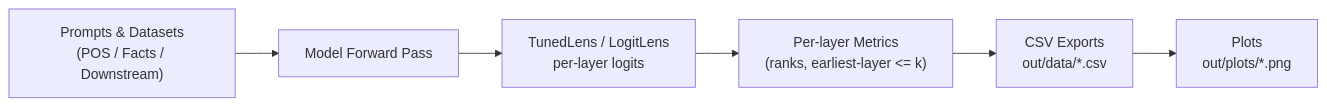
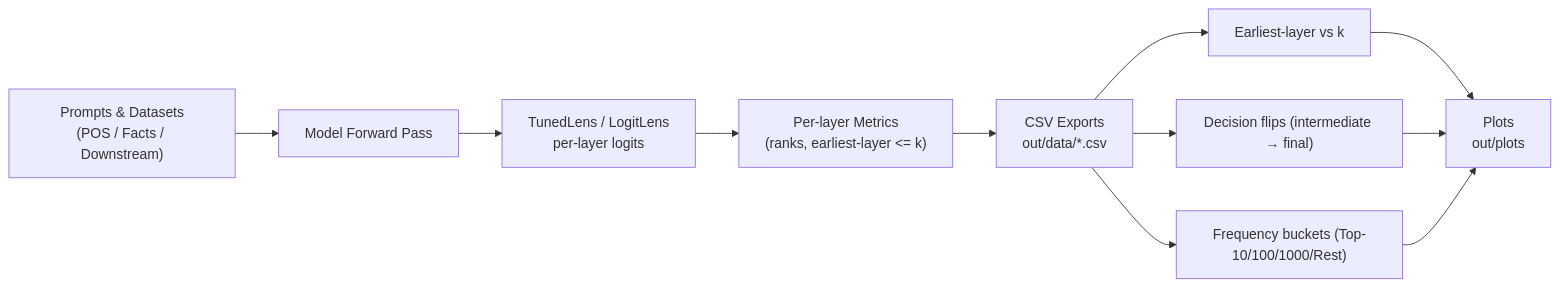
One commit to akshat57/how-do-llms-use-their-depth changed the diagram in README.md. Above: the diagram before and after it, drawn with Mermaid. The commit also changed other lines of this file, not shown here.

````diff
--- a/README.md
+++ b/README.md
@@ -7,8 +8,13 @@
-```mermaid
+~~~mermaid
 flowchart LR
   A["Prompts & Datasets<br/>(POS / Facts / Downstream)"] --> B["Model Forward Pass"]
   B --> C["TunedLens / LogitLens<br/>per-layer logits"]
   C --> D["Per-layer Metrics<br/>(ranks, earliest-layer <= k)"]
   D --> E["CSV Exports<br/>out/data/*.csv"]
-  E --> F["Plots<br/>out/plots/*.png"]
-```
+  E --> F1["Earliest-layer vs k"]
+  E --> F2["Decision flips (intermediate → final)"]
+  E --> F3["Frequency buckets (Top-10/100/1000/Rest)"]
+  F1 --> G["Plots<br/>out/plots"]
+  F2 --> G
+  F3 --> G
+~~~
````
